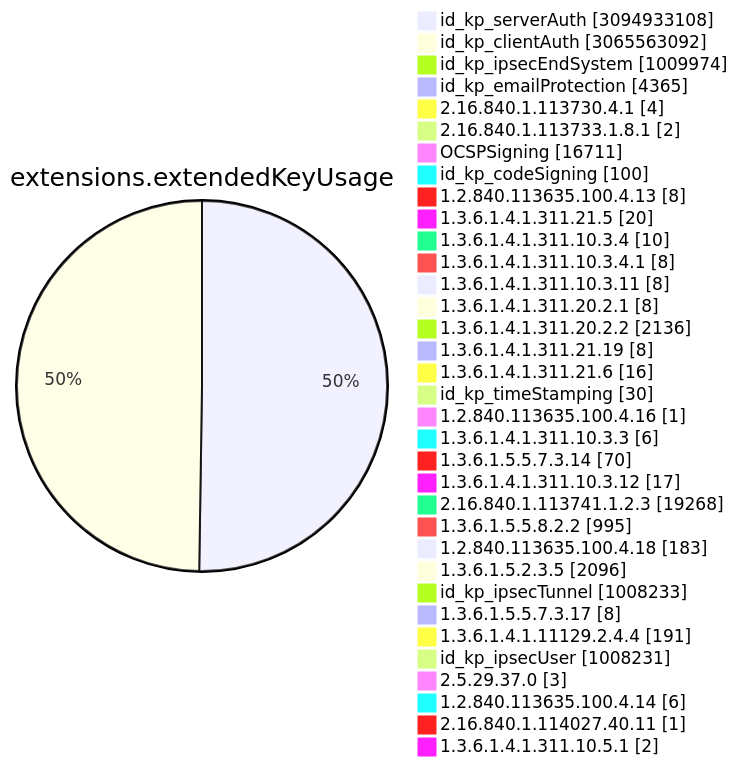
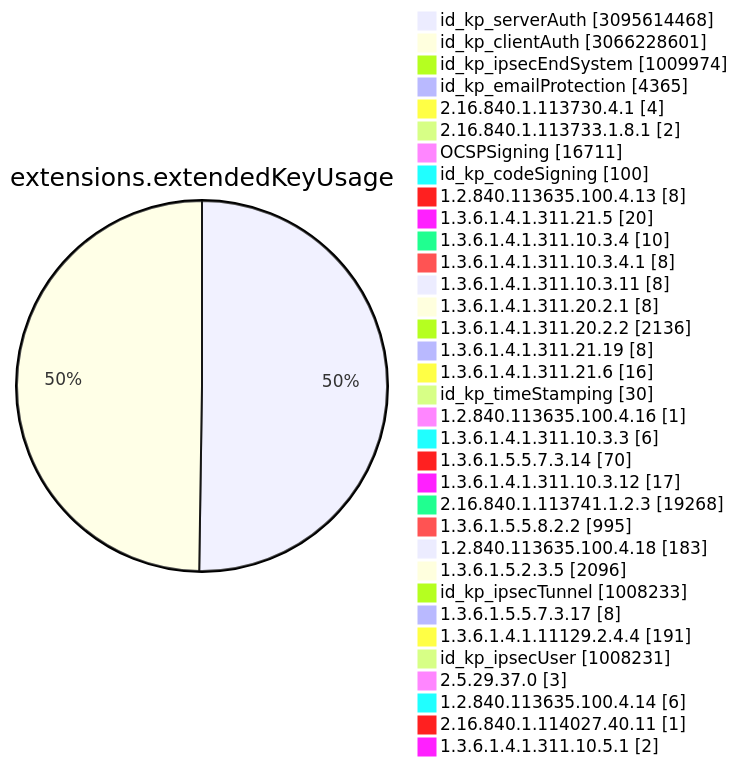
One commit to christiankrug/ctmonitor_visualization changed diagram 11 of 15 in TOTAL/README.md. Above: the diagram before and after it, drawn with Mermaid. The commit also changed other lines of this file, not shown here.

````diff
--- a/TOTAL/README.md
+++ b/TOTAL/README.md
@@ -4117,38 +4117,38 @@
 ```mermaid
 pie showData
 title extensions.extendedKeyUsage
-"id_kp_serverAuth" :3094933108
-"id_kp_clientAuth" :3065563092
+"id_kp_serverAuth" :3095614468
+"id_kp_clientAuth" :3066228601
 "id_kp_ipsecEndSystem" :1009974
 "id_kp_emailProtection" :4365
 "2.16.840.1.113730.4.1" :4
 "2.16.840.1.113733.1.8.1" :2
 "OCSPSigning" :16711
 "id_kp_codeSigning" :100
 "1.2.840.113635.100.4.13" :8
 "1.3.6.1.4.1.311.21.5" :20
 "1.3.6.1.4.1.311.10.3.4" :10
 "1.3.6.1.4.1.311.10.3.4.1" :8
 "1.3.6.1.4.1.311.10.3.11" :8
 "1.3.6.1.4.1.311.20.2.1" :8
 "1.3.6.1.4.1.311.20.2.2" :2136
 "1.3.6.1.4.1.311.21.19" :8
 "1.3.6.1.4.1.311.21.6" :16
 "id_kp_timeStamping" :30
 "1.2.840.113635.100.4.16" :1
 "1.3.6.1.4.1.311.10.3.3" :6
 "1.3.6.1.5.5.7.3.14" :70
 "1.3.6.1.4.1.311.10.3.12" :17
 "2.16.840.1.113741.1.2.3" :19268
 "1.3.6.1.5.5.8.2.2" :995
 "1.2.840.113635.100.4.18" :183
 "1.3.6.1.5.2.3.5" :2096
 "id_kp_ipsecTunnel" :1008233
 "1.3.6.1.5.5.7.3.17" :8
 "1.3.6.1.4.1.11129.2.4.4" :191
 "id_kp_ipsecUser" :1008231
 "2.5.29.37.0" :3
 "1.2.840.113635.100.4.14" :6
 "2.16.840.1.114027.40.11" :1
 "1.3.6.1.4.1.311.10.5.1" :2
 ```
````
